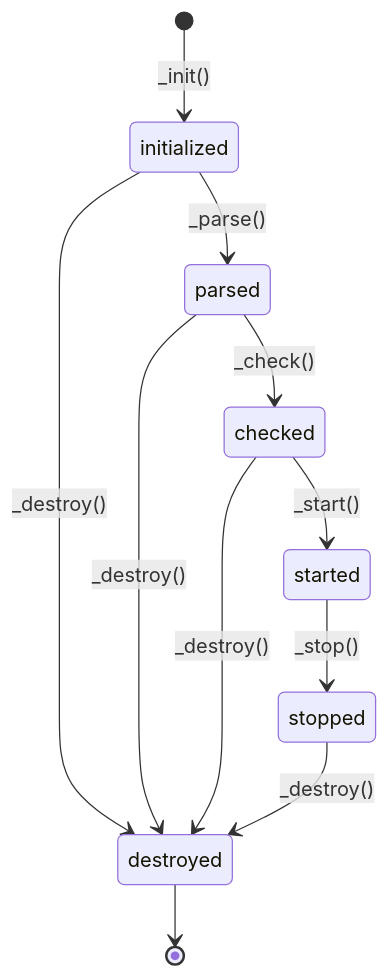
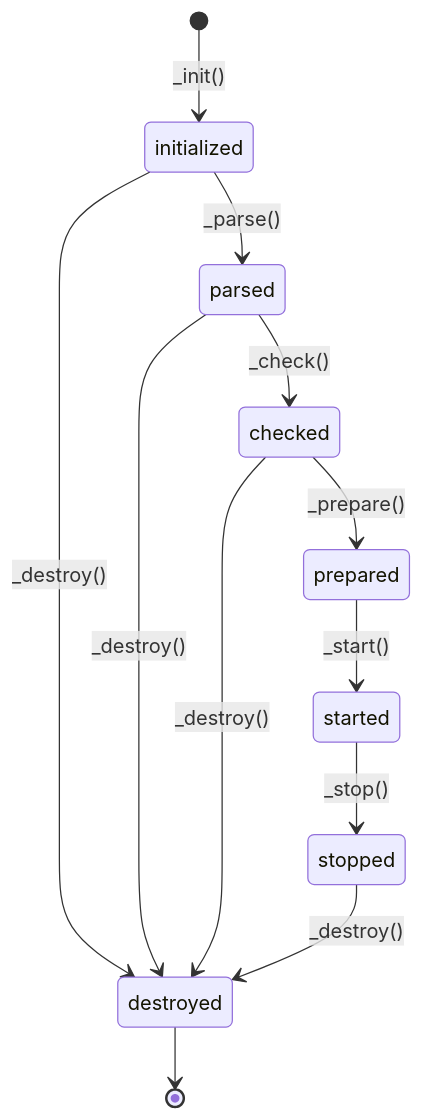
One commit to VILLASframework/documentation changed the diagram in doc/node/Development.md. Above: the diagram before and after it, drawn with Mermaid.

Commit message:
node: add prepared state

```diff
--- a/doc/node/Development.md
+++ b/doc/node/Development.md
@@ -20,13 +20,14 @@
 <div class="mermaid">
     stateDiagram-v2
         [*] --> initialized: _init()
         initialized --> parsed: _parse()
         initialized --> destroyed: _destroy()
         parsed --> destroyed: _destroy()
         parsed --> checked: _check()
-        checked --> started: _start()
         checked --> destroyed: _destroy()
+        checked --> prepared: _prepare()
+        prepared --> started: _start()
         started --> stopped: _stop()
         stopped --> destroyed: _destroy()
         destroyed --> [*]
 </div>
```
